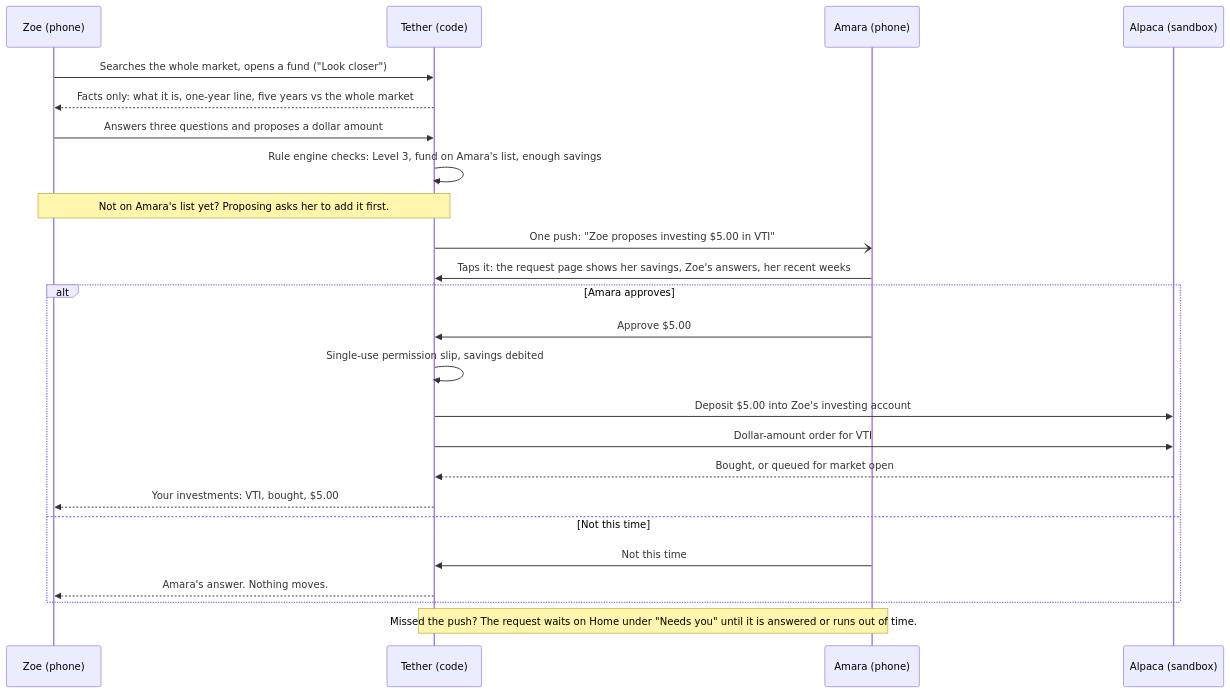
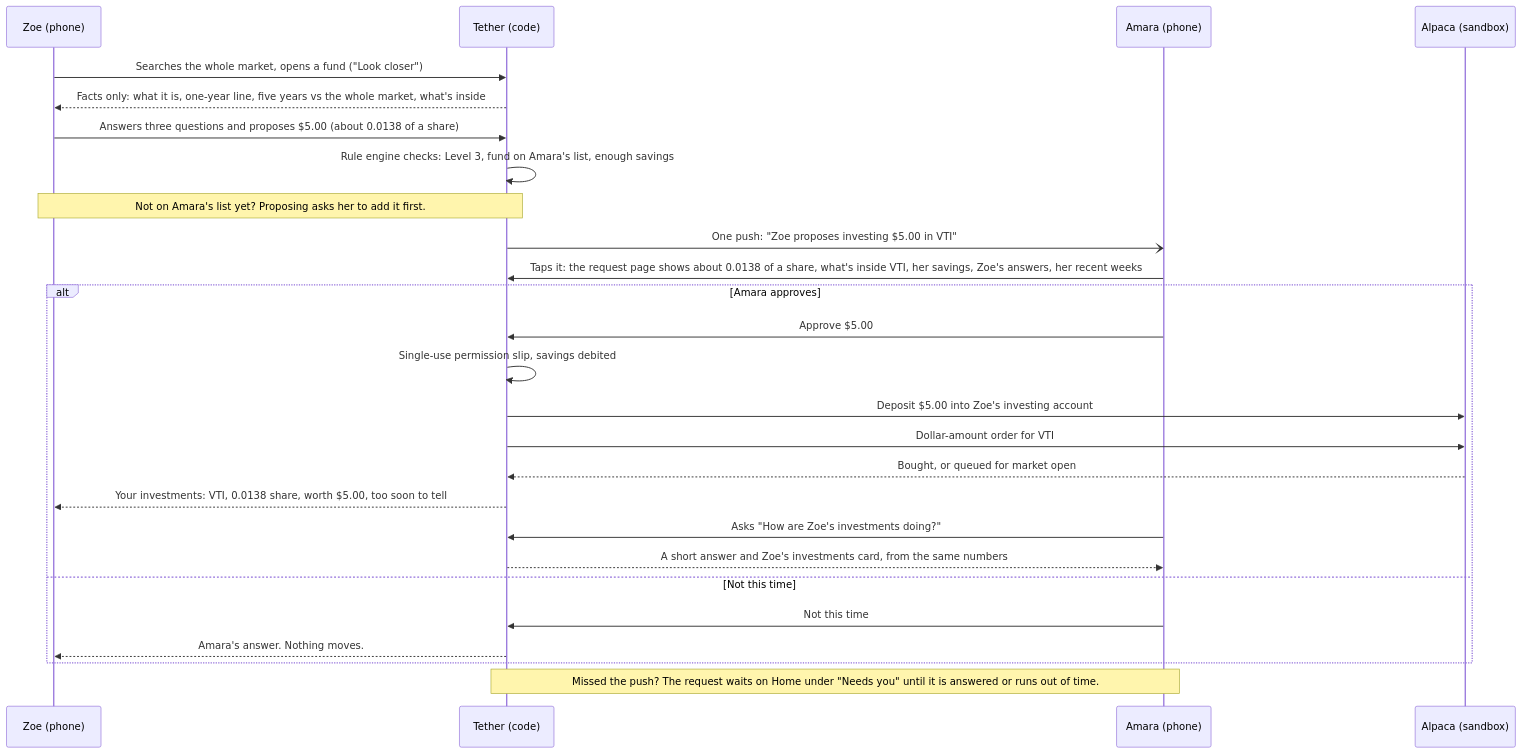
One commit to tmoody1973/tether changed the first of 6 diagrams in README.md. Above: the diagram before and after it, drawn with Mermaid. The commit also changed other lines of this file and 1 other file, not shown here.

First line of the commit message:
docs: decision 022 (news only for Amara, on request) and the README for the assistant's investing tools

````diff
--- a/README.md
+++ b/README.md
@@ -52,26 +52,28 @@
 ```mermaid
 sequenceDiagram
   participant Z as Zoe (phone)
   participant T as Tether (code)
   participant A as Amara (phone)
   participant AL as Alpaca (sandbox)
   Z->>T: Searches the whole market, opens a fund ("Look closer")
-  T-->>Z: Facts only: what it is, one-year line, five years vs the whole market
-  Z->>T: Answers three questions and proposes a dollar amount
+  T-->>Z: Facts only: what it is, one-year line, five years vs the whole market, what's inside
+  Z->>T: Answers three questions and proposes $5.00 (about 0.0138 of a share)
   T->>T: Rule engine checks: Level 3, fund on Amara's list, enough savings
   Note over Z,T: Not on Amara's list yet? Proposing asks her to add it first.
   T-)A: One push: "Zoe proposes investing $5.00 in VTI"
-  A->>T: Taps it: the request page shows her savings, Zoe's answers, her recent weeks
+  A->>T: Taps it: the request page shows about 0.0138 of a share, what's inside VTI, her savings, Zoe's answers, her recent weeks
   alt Amara approves
     A->>T: Approve $5.00
     T->>T: Single-use permission slip, savings debited
     T->>AL: Deposit $5.00 into Zoe's investing account
     T->>AL: Dollar-amount order for VTI
     AL-->>T: Bought, or queued for market open
-    T-->>Z: Your investments: VTI, bought, $5.00
+    T-->>Z: Your investments: VTI, 0.0138 share, worth $5.00, too soon to tell
+    A->>T: Asks "How are Zoe's investments doing?"
+    T-->>A: A short answer and Zoe's investments card, from the same numbers
   else Not this time
     A->>T: Not this time
     T-->>Z: Amara's answer. Nothing moves.
   end
   Note over A,T: Missed the push? The request waits on Home under "Needs you" until it is answered or runs out of time.
 ```
````
